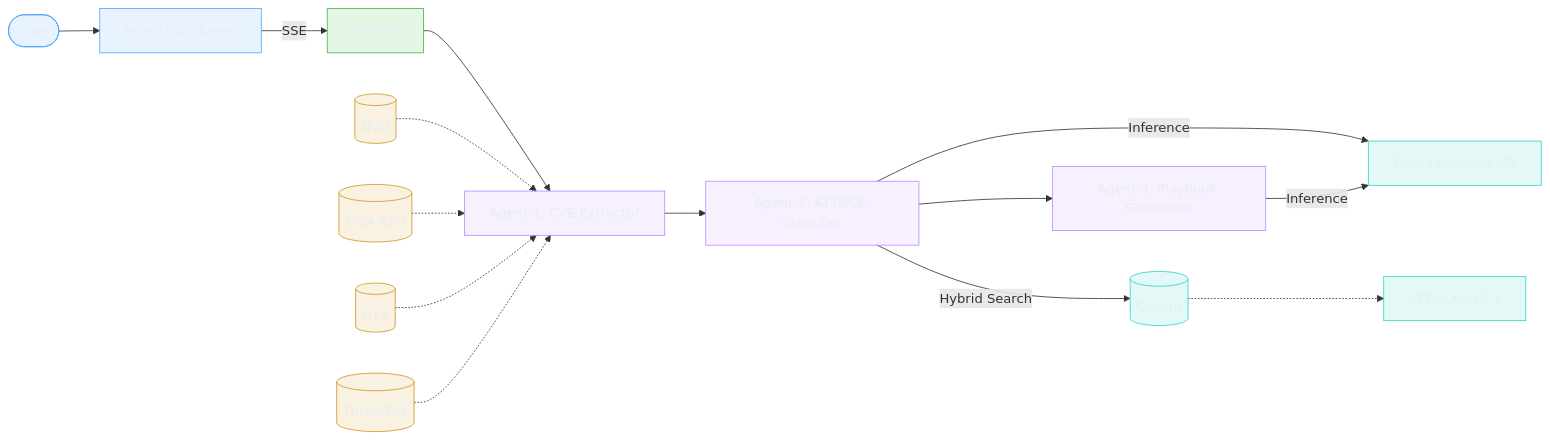
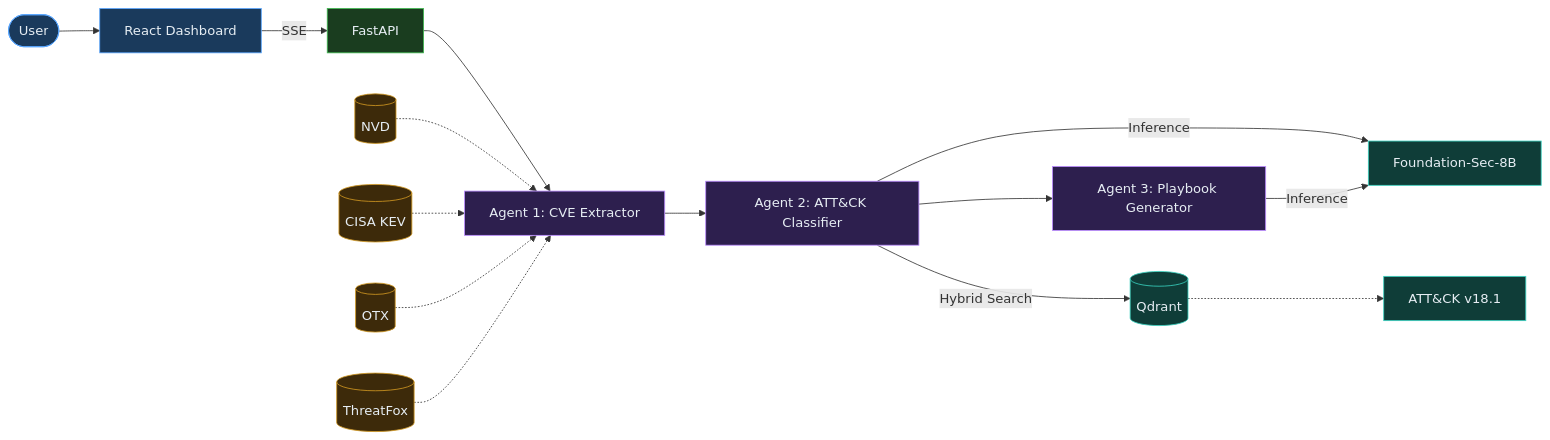
One commit to ayansk11/Agentic-Cybersec-Threat-Analyst changed the diagram in README.md. Above: the diagram before and after it, drawn with Mermaid. The commit also changed 1 other file, not shown here.

Commit message:
fix: solid fills for Mermaid diagram, move labels above dashed boxes

````diff
--- a/README.md
+++ b/README.md
@@ -11,28 +11,28 @@
 ```mermaid
 flowchart LR
     User(["User"]) --> Frontend["React Dashboard"]
     Frontend -->|"SSE"| Backend["FastAPI"]
     Backend --> A1["Agent 1: CVE Extractor"]
     A1 --> A2["Agent 2: ATT&CK Classifier"]
     A2 --> A3["Agent 3: Playbook Generator"]
 
     NVD[("NVD")] & KEV[("CISA KEV")] & OTX[("OTX")] & TFox[("ThreatFox")] -.-> A1
 
     A2 -->|"Hybrid Search"| Qdrant[("Qdrant")]
     Qdrant -.-> MITRE["ATT&CK v18.1"]
     A2 & A3 -->|"Inference"| LLM["Foundation-Sec-8B"]
 
-    style User fill:#58a6ff22,stroke:#58a6ff,color:#e6edf3
-    style Frontend fill:#58a6ff22,stroke:#58a6ff,color:#e6edf3
-    style Backend fill:#3fb95022,stroke:#3fb950,color:#e6edf3
-    style A1 fill:#bc8cff22,stroke:#bc8cff,color:#e6edf3
-    style A2 fill:#bc8cff22,stroke:#bc8cff,color:#e6edf3
-    style A3 fill:#bc8cff22,stroke:#bc8cff,color:#e6edf3
-    style NVD fill:#d2992222,stroke:#d29922,color:#e6edf3
-    style KEV fill:#d2992222,stroke:#d29922,color:#e6edf3
-    style OTX fill:#d2992222,stroke:#d29922,color:#e6edf3
-    style TFox fill:#d2992222,stroke:#d29922,color:#e6edf3
-    style Qdrant fill:#39d2c022,stroke:#39d2c0,color:#e6edf3
-    style LLM fill:#39d2c022,stroke:#39d2c0,color:#e6edf3
-    style MITRE fill:#39d2c022,stroke:#39d2c0,color:#e6edf3
+    style User fill:#1a3a5c,stroke:#58a6ff,color:#e6edf3
+    style Frontend fill:#1a3a5c,stroke:#58a6ff,color:#e6edf3
+    style Backend fill:#1a3d1f,stroke:#3fb950,color:#e6edf3
+    style A1 fill:#2d1f4e,stroke:#bc8cff,color:#e6edf3
+    style A2 fill:#2d1f4e,stroke:#bc8cff,color:#e6edf3
+    style A3 fill:#2d1f4e,stroke:#bc8cff,color:#e6edf3
+    style NVD fill:#3d2a0a,stroke:#d29922,color:#e6edf3
+    style KEV fill:#3d2a0a,stroke:#d29922,color:#e6edf3
+    style OTX fill:#3d2a0a,stroke:#d29922,color:#e6edf3
+    style TFox fill:#3d2a0a,stroke:#d29922,color:#e6edf3
+    style Qdrant fill:#0f3d38,stroke:#39d2c0,color:#e6edf3
+    style LLM fill:#0f3d38,stroke:#39d2c0,color:#e6edf3
+    style MITRE fill:#0f3d38,stroke:#39d2c0,color:#e6edf3
 ```
````
